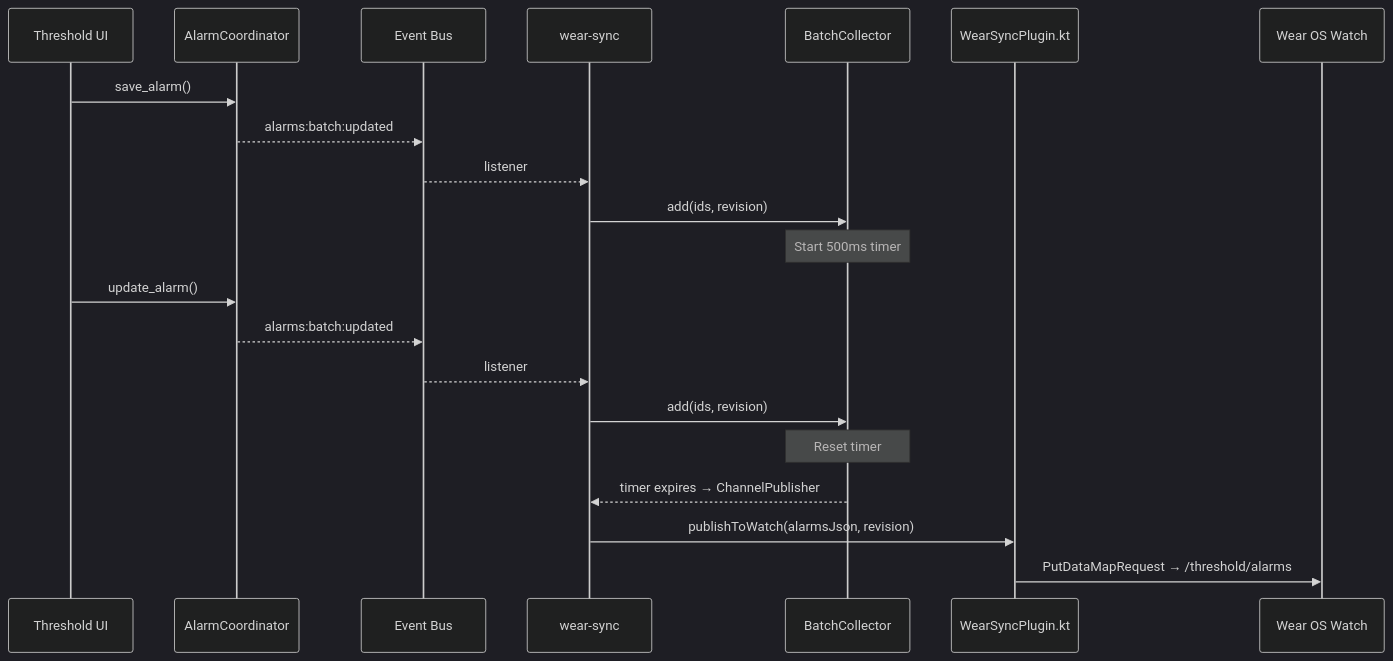
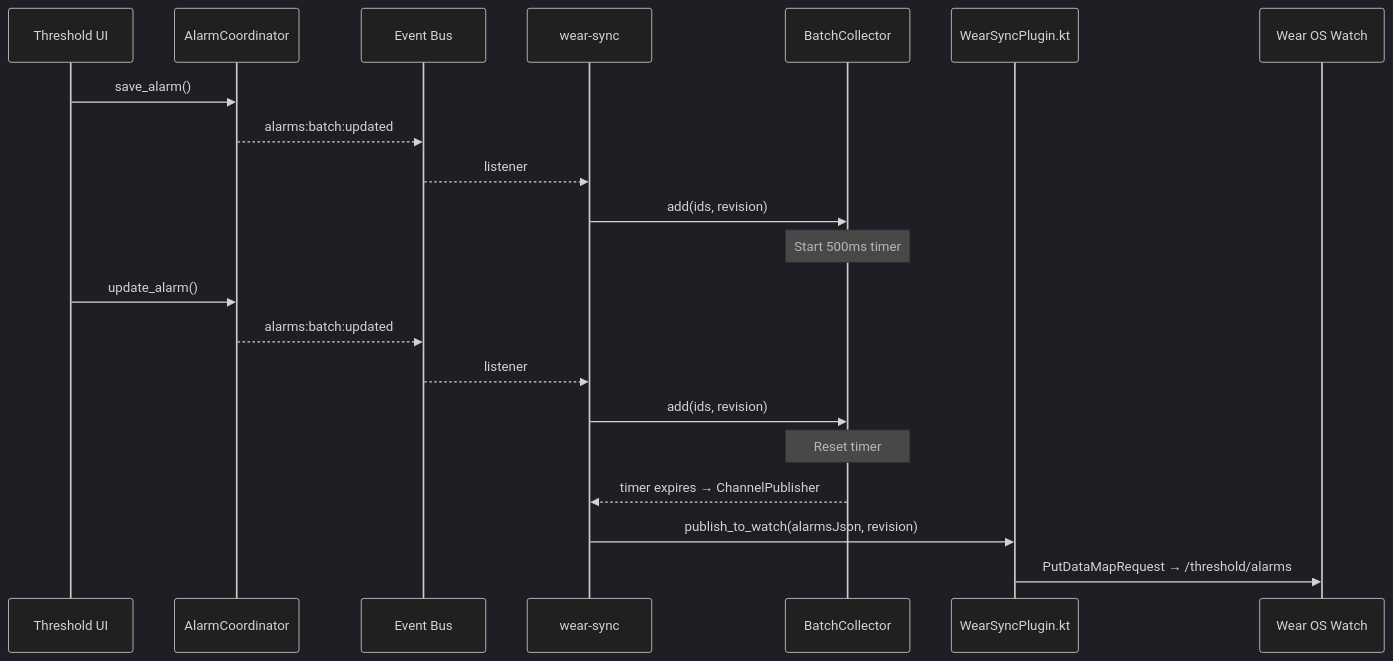
The second of 3 diagrams in plugins/wear-sync/README.md (liminal-hq/threshold), drawn with Mermaid (dark theme) before and after one commit. The commit also changed other lines of this file and 16 other files, not shown here.

````diff
--- a/plugins/wear-sync/README.md
+++ b/plugins/wear-sync/README.md
@@ -59,26 +59,26 @@
 ```mermaid
 sequenceDiagram
     participant UI as Threshold UI
     participant Coord as AlarmCoordinator
     participant Bus as Event Bus
     participant WS as wear-sync
     participant BC as BatchCollector
     participant KT as WearSyncPlugin.kt
     participant Watch as Wear OS Watch
 
     UI->>Coord: save_alarm()
     Coord-->>Bus: alarms:batch:updated
     Bus-->>WS: listener
     WS->>BC: add(ids, revision)
     Note over BC: Start 500ms timer
 
     UI->>Coord: update_alarm()
     Coord-->>Bus: alarms:batch:updated
     Bus-->>WS: listener
     WS->>BC: add(ids, revision)
     Note over BC: Reset timer
 
     BC-->>WS: timer expires → ChannelPublisher
-    WS->>KT: publishToWatch(alarmsJson, revision)
+    WS->>KT: publish_to_watch(alarmsJson, revision)
     KT->>Watch: PutDataMapRequest → /threshold/alarms
 ```
````
